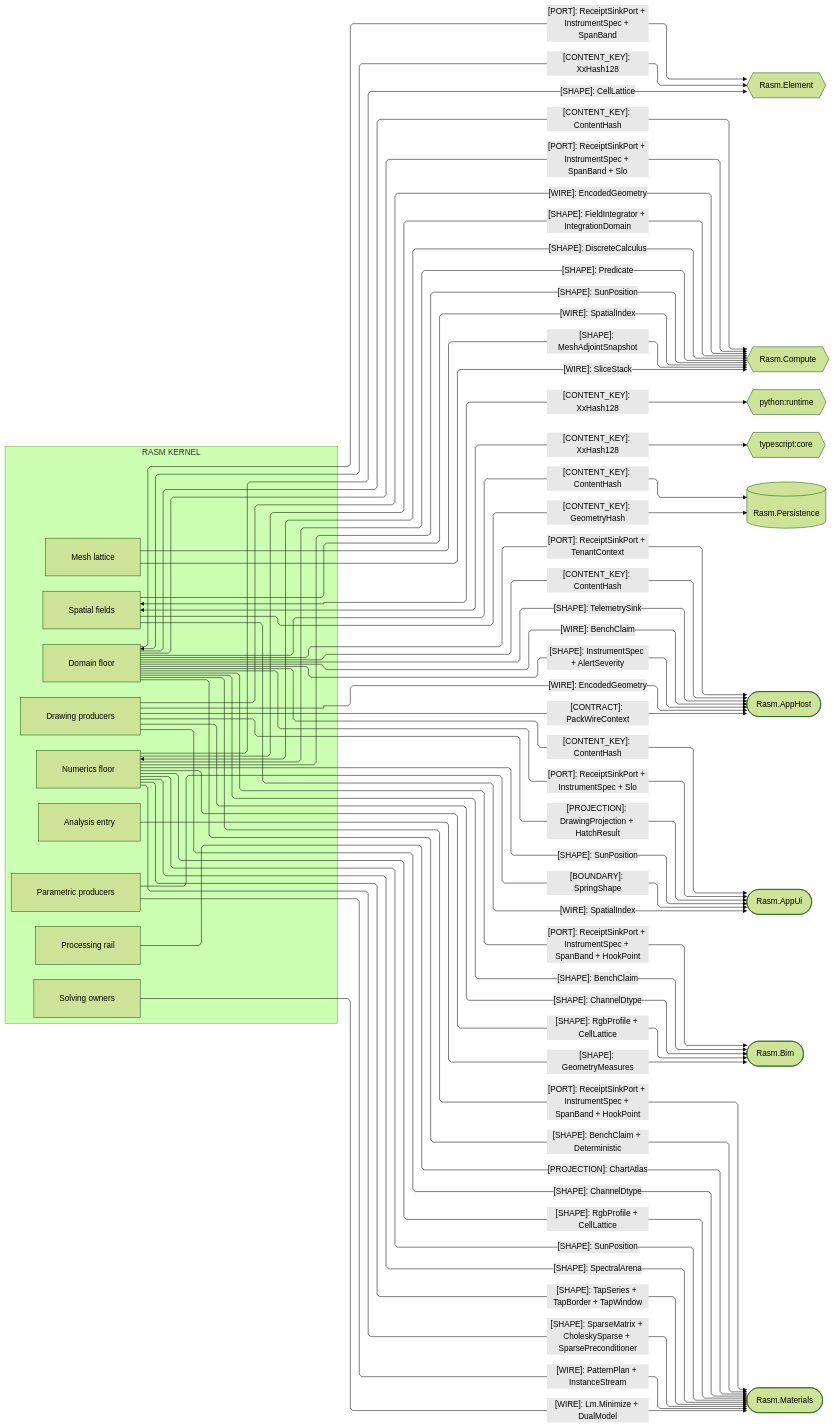
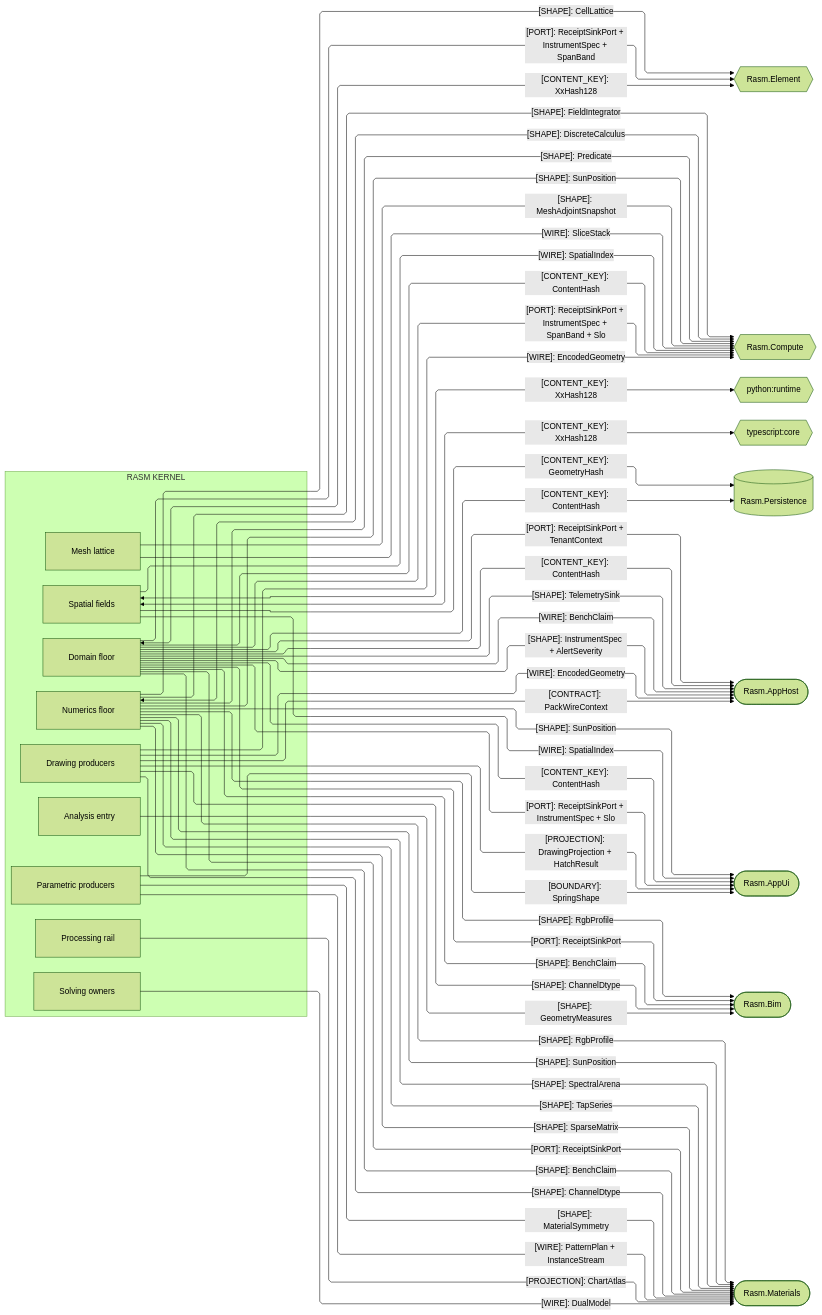
Before and after one commit to bsamiee/Rasm: the second of 4 diagrams in libs/csharp/Rasm/ARCHITECTURE.md, drawn with Mermaid (forest theme). The commit also changed other lines of this file and 115 other files, not shown here.

First line of the commit message:
Land the index-doc, cross-libs planning, and manifest delta

````diff
--- a/libs/csharp/Rasm/ARCHITECTURE.md
+++ b/libs/csharp/Rasm/ARCHITECTURE.md
@@ -177,78 +171,79 @@
 ```mermaid
 ---
 config:
   layout: elk
   flowchart:
     curve: linear
     padding: 25
 ---
 flowchart LR
     accTitle: Kernel content-key and compute-plane seams
-    accDescr: Kernel owners federating content keys and handing compute, measure, and signal shapes, causal-frame ports, encoded wires, and drawing and atlas projections to same-branch and cross-runtime peers.
+    accDescr: Which content keys, shapes, ports, and wires the kernel owners hand to same-branch and cross-runtime peers.
     subgraph rasm[RASM KERNEL]
         Domain[Domain floor]
         Numerics[Numerics floor]
         Spatial[Spatial fields]
         Meshing[Mesh lattice]
         Parametric[Parametric producers]
         Processing[Processing rail]
         Solving[Solving owners]
         Drawing[Drawing producers]
         Analysis[Analysis entry]
     end
     Element{{Rasm.Element}}
     Compute{{Rasm.Compute}}
     Runtime{{python:runtime}}
     Core{{typescript:core}}
     Persistence[(Rasm.Persistence)]
     AppHost([Rasm.AppHost])
     AppUi([Rasm.AppUi])
     Bim([Rasm.Bim])
     Materials([Rasm.Materials])
     Domain e1@<-->|"[CONTENT_KEY]: XxHash128"| Element
     Domain e2@-->|"[CONTENT_KEY]: ContentHash"| Persistence
     Domain e3@-->|"[CONTENT_KEY]: ContentHash"| Compute
     Domain e4@-->|"[CONTENT_KEY]: ContentHash"| AppHost
     Domain e5@-->|"[CONTENT_KEY]: ContentHash"| AppUi
     Spatial e6@-->|"[CONTENT_KEY]: GeometryHash"| Persistence
     Spatial e7@<-->|"[CONTENT_KEY]: XxHash128"| Runtime
     Spatial e8@<-->|"[CONTENT_KEY]: XxHash128"| Core
     Numerics e9@<-->|"[SHAPE]: DiscreteCalculus"| Compute
-    Numerics e16@-->|"[SHAPE]: Predicate"| Compute
-    Meshing e10@-->|"[SHAPE]: MeshAdjointSnapshot"| Compute
-    Meshing e11@-->|"[WIRE]: SliceStack"| Compute
-    Spatial e12@-->|"[WIRE]: SpatialIndex"| Compute
+    Numerics e10@-->|"[SHAPE]: Predicate"| Compute
+    Meshing e11@-->|"[SHAPE]: MeshAdjointSnapshot"| Compute
+    Meshing e12@-->|"[WIRE]: SliceStack"| Compute
+    Spatial e13@-->|"[WIRE]: SpatialIndex"| Compute
     Drawing e14@-->|"[WIRE]: EncodedGeometry"| Compute
     Drawing e15@-->|"[WIRE]: EncodedGeometry"| AppHost
-    Drawing e24@-->|"[CONTRACT]: PackWireContext"| AppHost
+    Drawing e16@-->|"[CONTRACT]: PackWireContext"| AppHost
     Domain e17@-->|"[SHAPE]: TelemetrySink"| AppHost
     Domain e18@-->|"[WIRE]: BenchClaim"| AppHost
-    Domain e20@-->|"[SHAPE]: InstrumentSpec + AlertSeverity"| AppHost
-    Domain e21@-->|"[PORT]: ReceiptSinkPort + TenantContext"| AppHost
-    Domain e22@-->|"[PORT]: ReceiptSinkPort + InstrumentSpec + Slo"| AppUi
-    Domain e23@-->|"[PORT]: ReceiptSinkPort + InstrumentSpec + SpanBand + Slo"| Compute
-    Analysis e19@-->|"[SHAPE]: GeometryMeasures"| Bim
-    Domain e30@-->|"[PORT]: ReceiptSinkPort + InstrumentSpec + SpanBand"| Element
-    Domain e31@-->|"[PORT]: ReceiptSinkPort + InstrumentSpec + SpanBand + HookPoint"| Bim
-    Domain e32@-->|"[PORT]: ReceiptSinkPort + InstrumentSpec + SpanBand + HookPoint"| Materials
-    Domain e33@-->|"[SHAPE]: BenchClaim + Deterministic"| Materials
-    Domain e34@-->|"[SHAPE]: BenchClaim"| Bim
-    Numerics e35@-->|"[SHAPE]: CellLattice"| Element
-    Numerics e36@-->|"[SHAPE]: RgbProfile + CellLattice"| Bim
-    Numerics e37@-->|"[SHAPE]: RgbProfile + CellLattice"| Materials
-    Numerics e25@-->|"[SHAPE]: SunPosition"| Compute
-    Numerics e26@-->|"[SHAPE]: SunPosition"| AppUi
-    Numerics e27@-->|"[SHAPE]: SunPosition"| Materials
-    Numerics e28@-->|"[SHAPE]: SpectralArena"| Materials
-    Numerics e46@-->|"[SHAPE]: TapSeries + TapBorder + TapWindow"| Materials
-    Numerics e47@-->|"[SHAPE]: SparseMatrix + CholeskySparse + SparsePreconditioner"| Materials
-    Numerics e29@-->|"[SHAPE]: FieldIntegrator + IntegrationDomain"| Compute
-    Drawing e38@-->|"[PROJECTION]: DrawingProjection + HatchResult"| AppUi
-    Parametric e39@-->|"[BOUNDARY]: SpringShape"| AppUi
-    Spatial e40@-->|"[WIRE]: SpatialIndex"| AppUi
-    Solving e41@-->|"[WIRE]: Lm.Minimize + DualModel"| Materials
-    Drawing e42@-->|"[SHAPE]: ChannelDtype"| Materials
-    Processing e43@-->|"[PROJECTION]: ChartAtlas"| Materials
-    Parametric e44@-->|"[WIRE]: PatternPlan + InstanceStream"| Materials
-    Drawing e45@-->|"[SHAPE]: ChannelDtype"| Bim
+    Domain e19@-->|"[SHAPE]: InstrumentSpec + AlertSeverity"| AppHost
+    Domain e20@-->|"[PORT]: ReceiptSinkPort + TenantContext"| AppHost
+    Domain e21@-->|"[PORT]: ReceiptSinkPort + InstrumentSpec + Slo"| AppUi
+    Domain e22@-->|"[PORT]: ReceiptSinkPort + InstrumentSpec + SpanBand + Slo"| Compute
+    Analysis e23@-->|"[SHAPE]: GeometryMeasures"| Bim
+    Domain e24@-->|"[PORT]: ReceiptSinkPort + InstrumentSpec + SpanBand"| Element
+    Domain e25@-->|"[PORT]: ReceiptSinkPort"| Bim
+    Domain e26@-->|"[PORT]: ReceiptSinkPort"| Materials
+    Domain e27@-->|"[SHAPE]: BenchClaim"| Materials
+    Domain e28@-->|"[SHAPE]: BenchClaim"| Bim
+    Numerics e29@-->|"[SHAPE]: CellLattice"| Element
+    Numerics e30@-->|"[SHAPE]: RgbProfile"| Bim
+    Numerics e31@-->|"[SHAPE]: RgbProfile"| Materials
+    Numerics e32@-->|"[SHAPE]: SunPosition"| Compute
+    Numerics e33@-->|"[SHAPE]: SunPosition"| AppUi
+    Numerics e34@-->|"[SHAPE]: SunPosition"| Materials
+    Numerics e35@-->|"[SHAPE]: SpectralArena"| Materials
+    Numerics e36@-->|"[SHAPE]: TapSeries"| Materials
+    Numerics e37@-->|"[SHAPE]: SparseMatrix"| Materials
+    Numerics e38@-->|"[SHAPE]: FieldIntegrator"| Compute
+    Drawing e39@-->|"[PROJECTION]: DrawingProjection + HatchResult"| AppUi
+    Parametric e40@-->|"[BOUNDARY]: SpringShape"| AppUi
+    Spatial e41@-->|"[WIRE]: SpatialIndex"| AppUi
+    Solving e42@-->|"[WIRE]: DualModel"| Materials
+    Drawing e43@-->|"[SHAPE]: ChannelDtype"| Materials
+    Processing e44@-->|"[PROJECTION]: ChartAtlas"| Materials
+    Parametric e45@-->|"[WIRE]: PatternPlan + InstanceStream"| Materials
+    Parametric e46@-->|"[SHAPE]: MaterialSymmetry"| Materials
+    Drawing e47@-->|"[SHAPE]: ChannelDtype"| Bim
 ```
````
